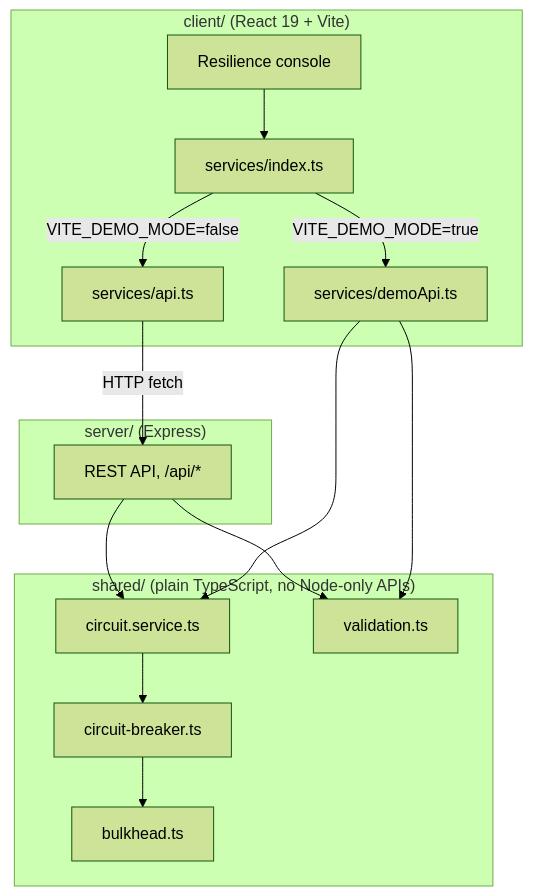
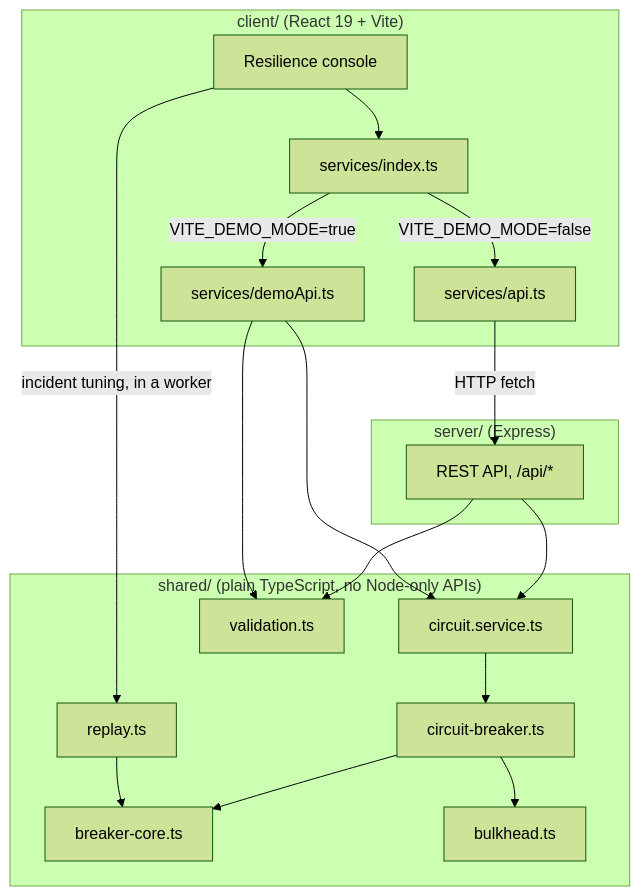
One commit to Taan1el/circuitshield changed the diagram in README.md. Above: the diagram before and after it, drawn with Mermaid (forest theme). The commit also changed other lines of this file and 5 other files, not shown here.

Commit message:
Document the incident tuning and bump the version to 1.1.0

````diff
--- a/README.md
+++ b/README.md
@@ -94,33 +152,38 @@
 ```mermaid
 graph TD
     subgraph ClientBox["client/ (React 19 + Vite)"]
         UI["Resilience console"]
         Switch["services/index.ts"]
         RealApi["services/api.ts"]
         DemoApi["services/demoApi.ts"]
 
         UI --> Switch
         Switch -->|VITE_DEMO_MODE=false| RealApi
         Switch -->|VITE_DEMO_MODE=true| DemoApi
     end
 
     subgraph Shared["shared/ (plain TypeScript, no Node-only APIs)"]
         CircuitSvc["circuit.service.ts"]
         Breaker["circuit-breaker.ts"]
+        Core["breaker-core.ts"]
+        Replay["replay.ts"]
         Bulk["bulkhead.ts"]
         Valid["validation.ts"]
 
         CircuitSvc --> Breaker
+        Breaker --> Core
         Breaker --> Bulk
+        Replay --> Core
     end
 
     subgraph ServerBox["server/ (Express)"]
         API["REST API, /api/*"]
     end
 
     RealApi -->|HTTP fetch| API
     API --> Valid
     API --> CircuitSvc
     DemoApi --> Valid
     DemoApi --> CircuitSvc
+    UI -->|incident tuning, in a worker| Replay
 ```
````
